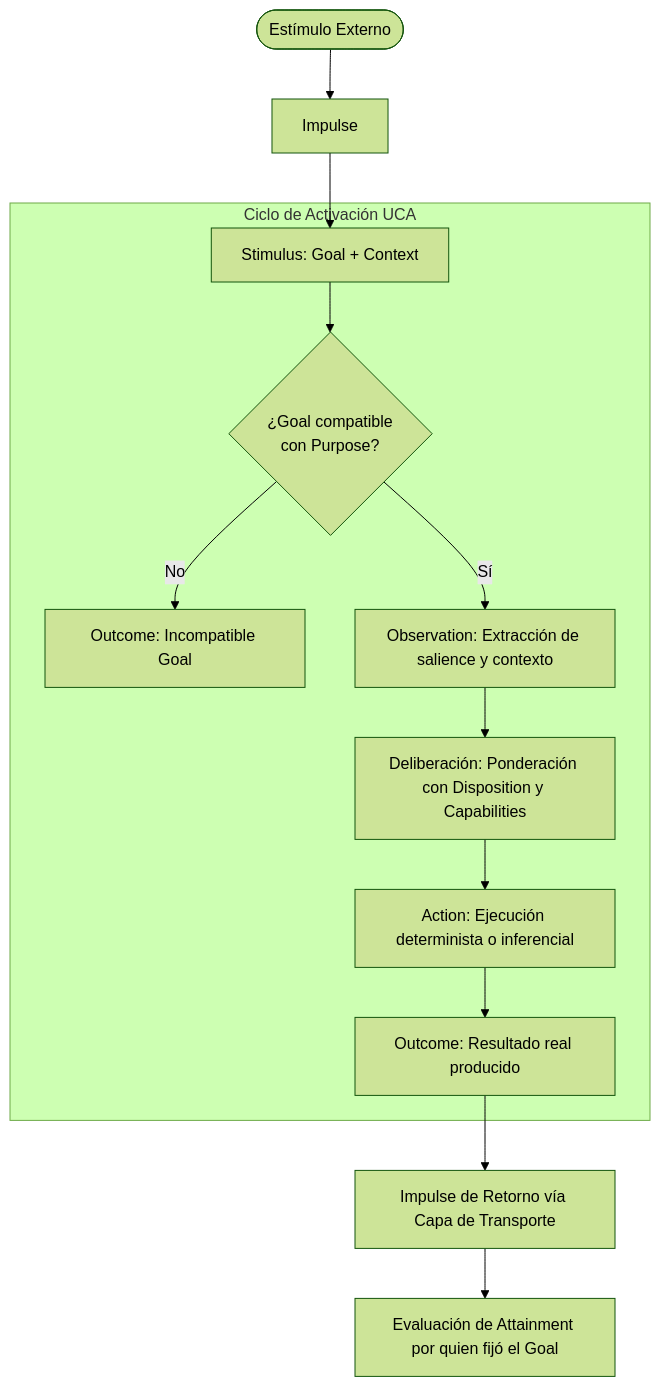
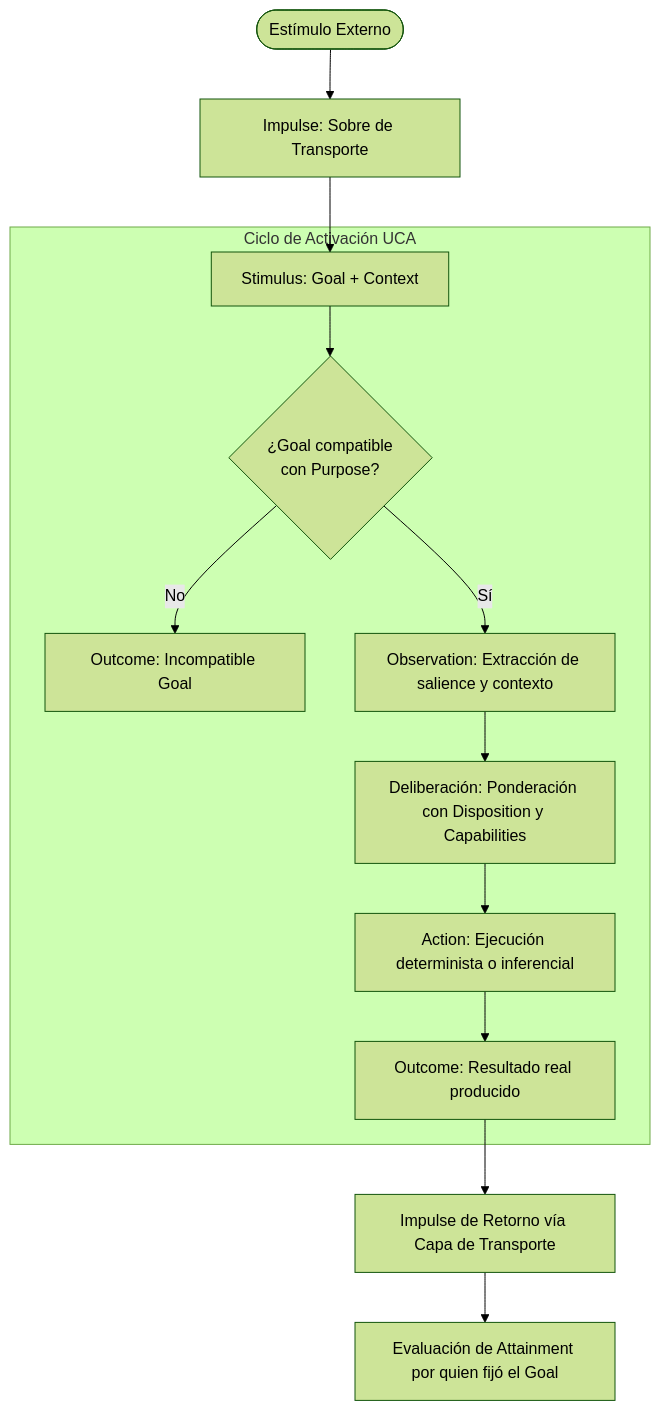
The diagram in README.es.md (christian-marino-alvarez/uca-specification), drawn with Mermaid (forest theme) before and after one commit. The commit also changed other lines of this file and 3 other files, not shown here.

Commit message:
feat(spec): consolidate UCA core, separate 3 architectural tiers, and synchronize docs

````diff
--- a/README.es.md
+++ b/README.es.md
@@ -46,17 +68,17 @@
 ```mermaid
 flowchart TD
-    EXT([Estímulo Externo]) --> IMP[Impulse]
+    EXT([Estímulo Externo]) --> IMP[Impulse: Sobre de Transporte]
     IMP --> STIM[Stimulus: Goal + Context]
     
     subgraph UCA [Ciclo de Activación UCA]
         STIM --> VAL{¿Goal compatible<br/>con Purpose?}
         VAL -- No --> REJ[Outcome: Incompatible Goal]
         VAL -- Sí --> OBS[Observation: Extracción de salience y contexto]
         OBS --> DEC[Deliberación: Ponderación con Disposition y Capabilities]
         DEC --> ACT[Action: Ejecución determinista o inferencial]
         ACT --> OUT[Outcome: Resultado real producido]
     end
     
     OUT --> RET[Impulse de Retorno vía Capa de Transporte]
     RET --> ATT[Evaluación de Attainment por quien fijó el Goal]
 ```
````
